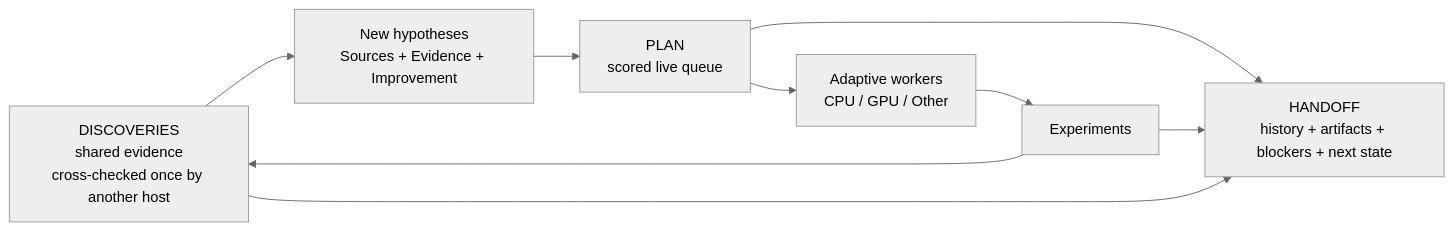
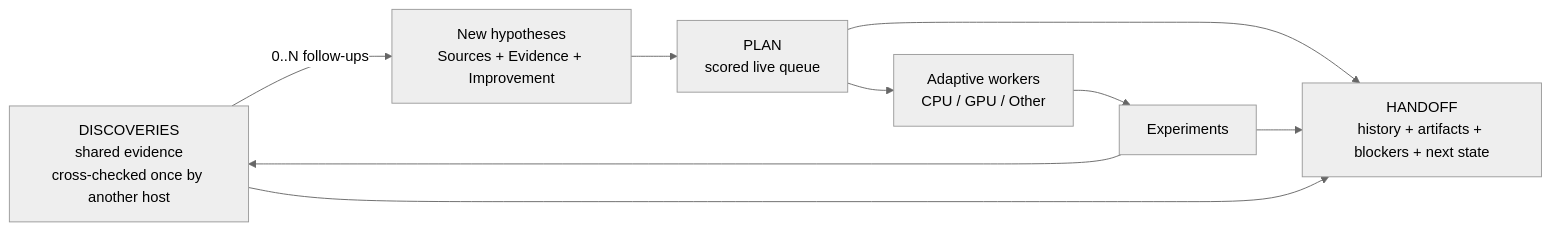
Before and after one commit to TaeyanG4/research-orchestrator-skill: the first of 3 diagrams in README.md, drawn with Mermaid (neutral theme). The commit also changed other lines of this file and 20 other files, not shown here.

````diff
--- a/README.md
+++ b/README.md
@@ -29,14 +29,15 @@
 ```mermaid
 flowchart LR
     D[DISCOVERIES<br/>shared evidence<br/>cross-checked once by another host]
     H[New hypotheses<br/>Sources + Evidence + Improvement]
     P[PLAN<br/>scored live queue]
     W[Adaptive workers<br/>CPU / GPU / Other]
     E[Experiments]
     O[HANDOFF<br/>history + artifacts + blockers + next state]
 
-    D --> H --> P --> W --> E --> D
+    D -->|0..N follow-ups| H
+    H --> P --> W --> E --> D
     P --> O
     E --> O
     D --> O
 ```
````
